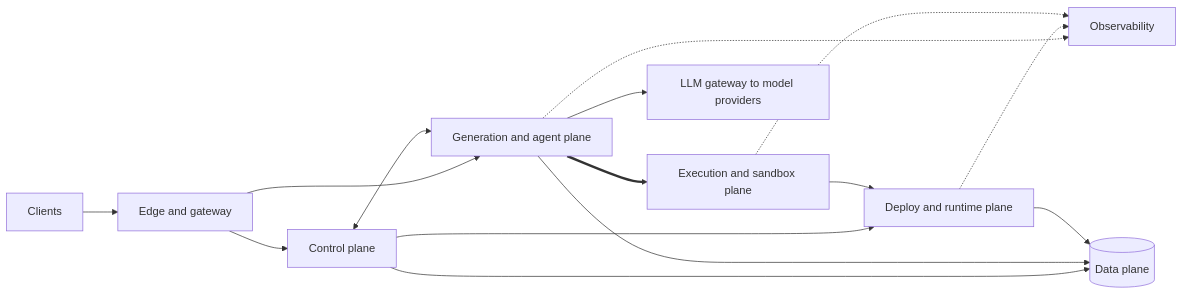
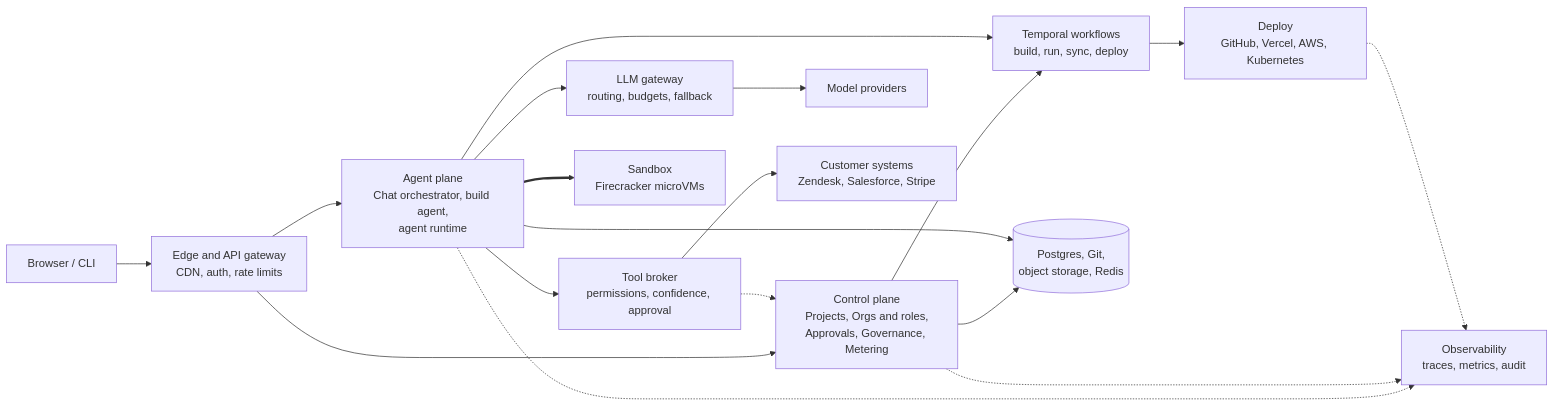
The diagram in docs/architecture-diagram.md (tansincognito/architect.dev), drawn with Mermaid before and after one commit. The commit also changed other lines of this file and 3 other files, not shown here.

Commit message:
docs: simplify HLD diagram and services summary; untrack ARCHITECTURE.md

````diff
--- a/docs/architecture-diagram.md
+++ b/docs/architecture-diagram.md
@@ -254,17 +5,27 @@
 ```mermaid
 flowchart LR
-  C["Clients"] --> E["Edge and gateway"]
-  E --> CPL["Control plane"]
-  E --> G["Generation and agent plane"]
-  CPL <--> G
-  G ==> X["Execution and sandbox plane"]
-  G --> M["LLM gateway to model providers"]
-  CPL --> D["Deploy and runtime plane"]
-  X --> D
-  CPL --> DATA[("Data plane")]
-  G --> DATA
-  D --> DATA
-  G -.-> O["Observability"]
-  D -.-> O
-  X -.-> O
+  U["Browser / CLI"] --> GW["Edge and API gateway<br/>CDN, auth, rate limits"]
+
+  GW --> CP["Control plane<br/>Projects, Orgs and roles,<br/>Approvals, Governance, Metering"]
+  GW --> AG["Agent plane<br/>Chat orchestrator, build agent,<br/>agent runtime"]
+
+  AG --> LLM["LLM gateway<br/>routing, budgets, fallback"]
+  LLM --> MP["Model providers"]
+
+  AG --> TB["Tool broker<br/>permissions, confidence, approval"]
+  TB --> EXT["Customer systems<br/>Zendesk, Salesforce, Stripe"]
+  TB -.-> CP
+
+  AG ==> SB["Sandbox<br/>Firecracker microVMs"]
+
+  CP --> WF["Temporal workflows<br/>build, run, sync, deploy"]
+  AG --> WF
+  WF --> DEP["Deploy<br/>GitHub, Vercel, AWS, Kubernetes"]
+
+  CP --> DB[("Postgres, Git,<br/>object storage, Redis")]
+  AG --> DB
+
+  AG -.-> OBS["Observability<br/>traces, metrics, audit"]
+  CP -.-> OBS
+  DEP -.-> OBS
 ```
````
